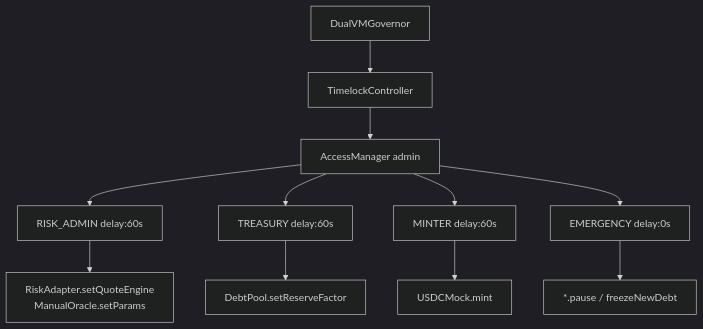
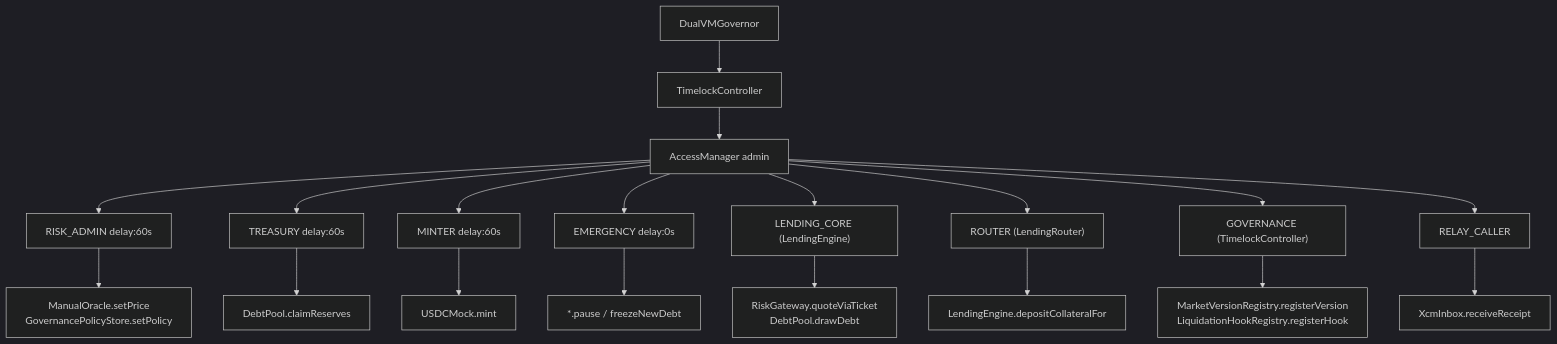
Before and after one commit to symulacr/dualvm-lending: the ninth of 10 diagrams in README.md, drawn with Mermaid (dark theme). The commit also changed other lines of this file and 2 other files, not shown here.

First line of the commit message:
docs: update architecture docs to reflect M11 bilateral-async-unified system

````diff
--- a/README.md
+++ b/README.md
@@ -220,13 +243,21 @@
 ```mermaid
 graph TD
     GOV[DualVMGovernor] --> TL[TimelockController]
     TL --> AM[AccessManager admin]
     AM --> RISK["RISK_ADMIN delay:60s"]
     AM --> TREAS["TREASURY delay:60s"]
     AM --> MINT["MINTER delay:60s"]
     AM --> EMRG["EMERGENCY delay:0s"]
-    RISK --> fn1["RiskAdapter.setQuoteEngine\nManualOracle.setParams"]
-    TREAS --> fn2[DebtPool.setReserveFactor]
-    MINT --> fn3[USDCMock.mint]
+    AM --> LC_ROLE["LENDING_CORE (LendingEngine)"]
+    AM --> RTR_ROLE["ROUTER (LendingRouter)"]
+    AM --> GOV_ROLE["GOVERNANCE (TimelockController)"]
+    AM --> RELAY_ROLE["RELAY_CALLER"]
+    RISK --> fn1["ManualOracle.setPrice\nGovernancePolicyStore.setPolicy"]
+    TREAS --> fn2["DebtPool.claimReserves"]
+    MINT --> fn3["USDCMock.mint"]
     EMRG --> fn4["*.pause / freezeNewDebt"]
+    LC_ROLE --> fn5["RiskGateway.quoteViaTicket\nDebtPool.drawDebt"]
+    RTR_ROLE --> fn6["LendingEngine.depositCollateralFor"]
+    GOV_ROLE --> fn7["MarketVersionRegistry.registerVersion\nLiquidationHookRegistry.registerHook"]
+    RELAY_ROLE --> fn8["XcmInbox.receiveReceipt"]
 ```
````
